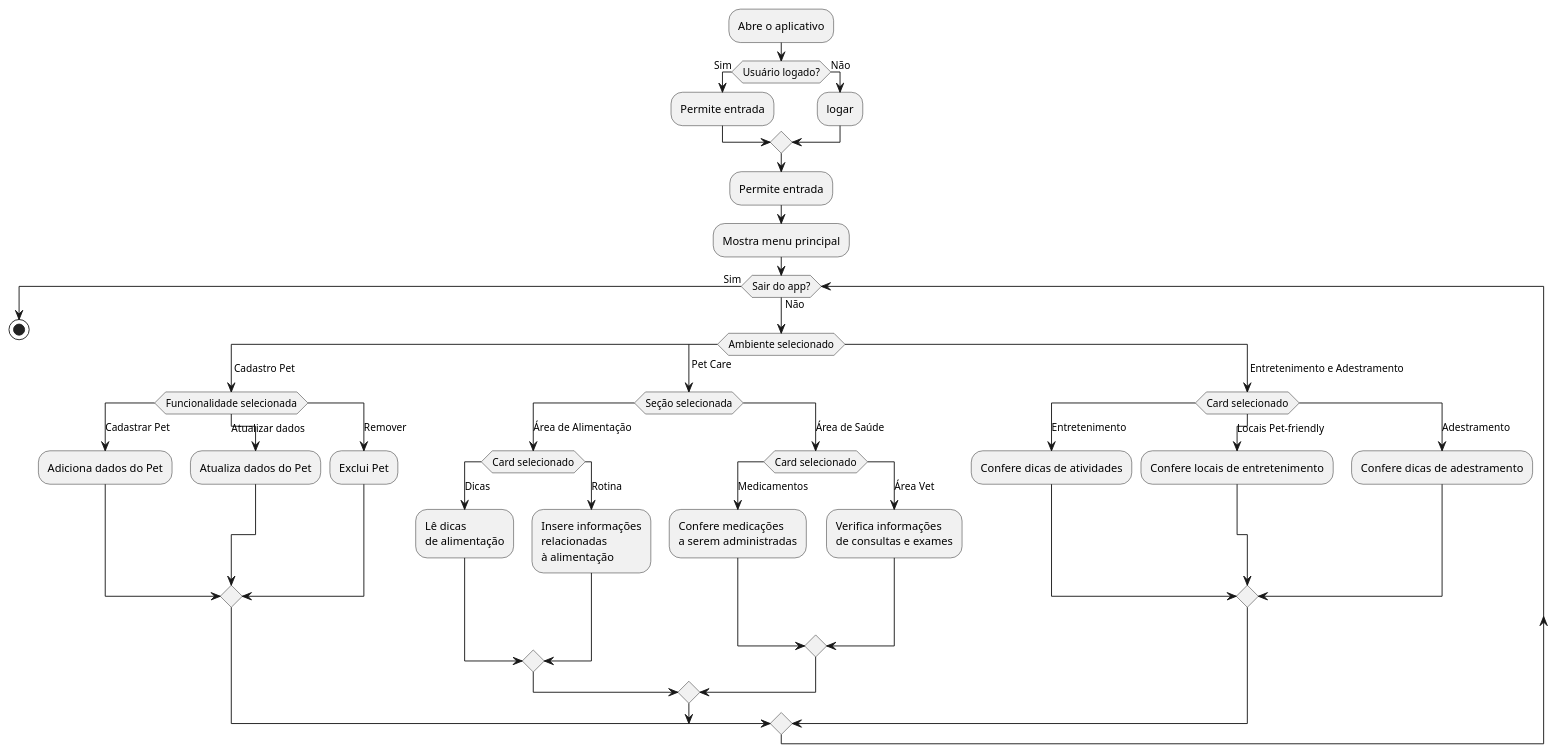
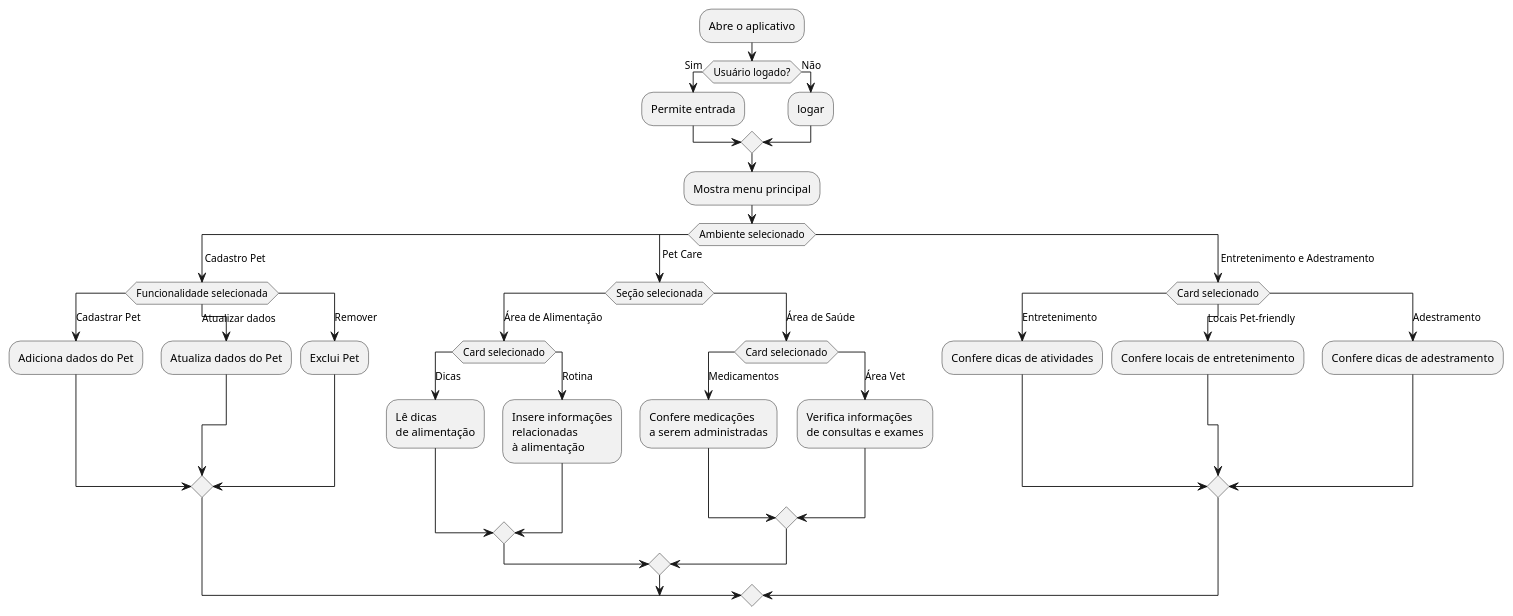
One commit to RenataArdito/Alerta-ADS changed the diagram in ActivityDiagram.md. Above: the diagram before and after it, drawn with PlantUML.

````diff
--- a/ActivityDiagram.md
+++ b/ActivityDiagram.md
@@ -1,57 +1,52 @@
 ```plantuml
 @startuml
 
 :Abre o aplicativo;
 
 if (Usuário logado?) then (Sim)
     :Permite entrada;
 else (Não)
     :logar;
 endif
-:Permite entrada;
 :Mostra menu principal;
-
-while (Sair do app?) is (Não)
 
 switch (Ambiente selecionado)
 case ( Cadastro Pet )
     switch (Funcionalidade selecionada)
     case (Cadastrar Pet)
         :Adiciona dados do Pet;
     case (Atualizar dados)
         :Atualiza dados do Pet;
     case (Remover)
         :Exclui Pet;
     endswitch
 case ( Pet Care ) 
     switch (Seção selecionada)
     case (Área de Alimentação)
         switch (Card selecionado)
         case (Dicas)
             :Lê dicas\nde alimentação;
         case (Rotina)
             :Insere informações\nrelacionadas\nà alimentação;
         endswitch
     case (Área de Saúde)
         switch (Card selecionado)
         case (Medicamentos)
             :Confere medicações\na serem administradas;
         case (Área Vet)
             :Verifica informações\nde consultas e exames;
         endswitch
     endswitch
 case ( Entretenimento e Adestramento )
     switch (Card selecionado)
     case (Entretenimento)
         :Confere dicas de atividades;
     case (Locais Pet-friendly)
         :Confere locais de entretenimento;
     case (Adestramento)
         :Confere dicas de adestramento;
     endswitch
 endswitch
 
-endwhile (Sim)
-stop
 @enduml
 ```
````
